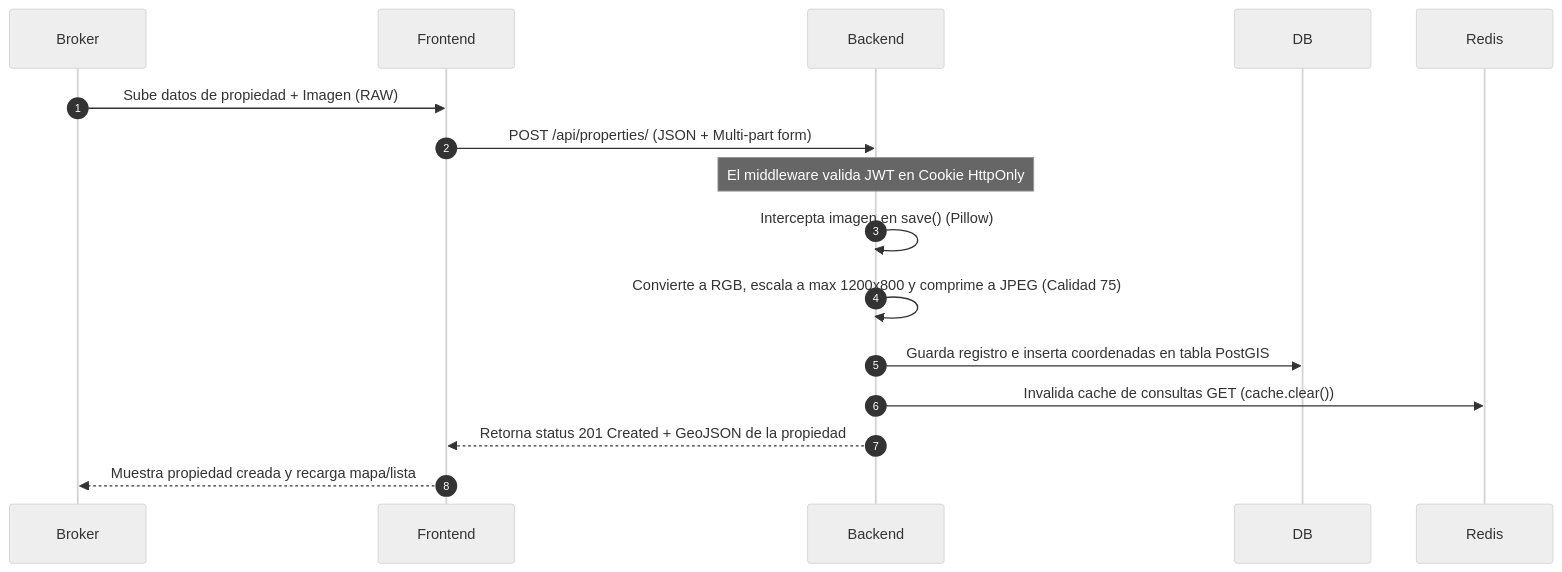
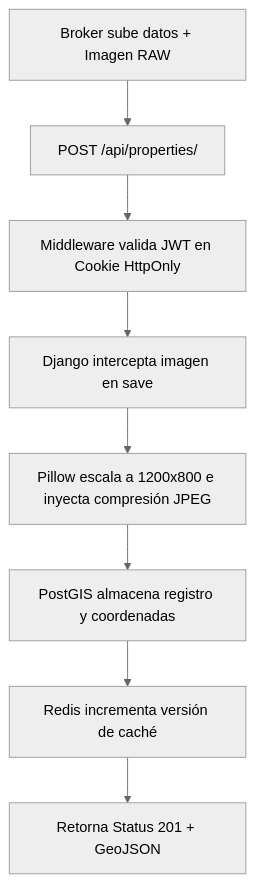
Before and after one commit to al3w0f205/ale-inmobiliaria-mvp: the second of 3 diagrams in README.md, drawn with Mermaid (neutral theme). The commit also changed other lines of this file, not shown here.

Commit message:
docs: replace sequence diagrams with flowcharts in README.md documentation

````diff
--- a/README.md
+++ b/README.md
@@ -30,13 +30,10 @@
 ```mermaid
-sequenceDiagram
-    autonumber
-    Broker->>Frontend: Sube datos de propiedad + Imagen (RAW)
-    Frontend->>Backend: POST /api/properties/ (JSON + Multi-part form)
-    Note over Backend: El middleware valida JWT en Cookie HttpOnly
-    Backend->>Backend: Intercepta imagen en save() (Pillow)
-    Backend->>Backend: Convierte a RGB, escala a max 1200x800 y comprime a JPEG (Calidad 75)
-    Backend->>DB: Guarda registro e inserta coordenadas en tabla PostGIS
-    Backend->>Redis: Invalida cache de consultas GET (cache.clear())
-    Backend-->>Frontend: Retorna status 201 Created + GeoJSON de la propiedad
-    Frontend-->>Broker: Muestra propiedad creada y recarga mapa/lista
+graph TD
+    A[Broker sube datos + Imagen RAW] --> B[POST /api/properties/]
+    B --> C[Middleware valida JWT en Cookie HttpOnly]
+    C --> D[Django intercepta imagen en save]
+    D --> E[Pillow escala a 1200x800 e inyecta compresión JPEG]
+    E --> F[PostGIS almacena registro y coordenadas]
+    F --> G[Redis incrementa versión de caché]
+    G --> H[Retorna Status 201 + GeoJSON]
 ```
````
